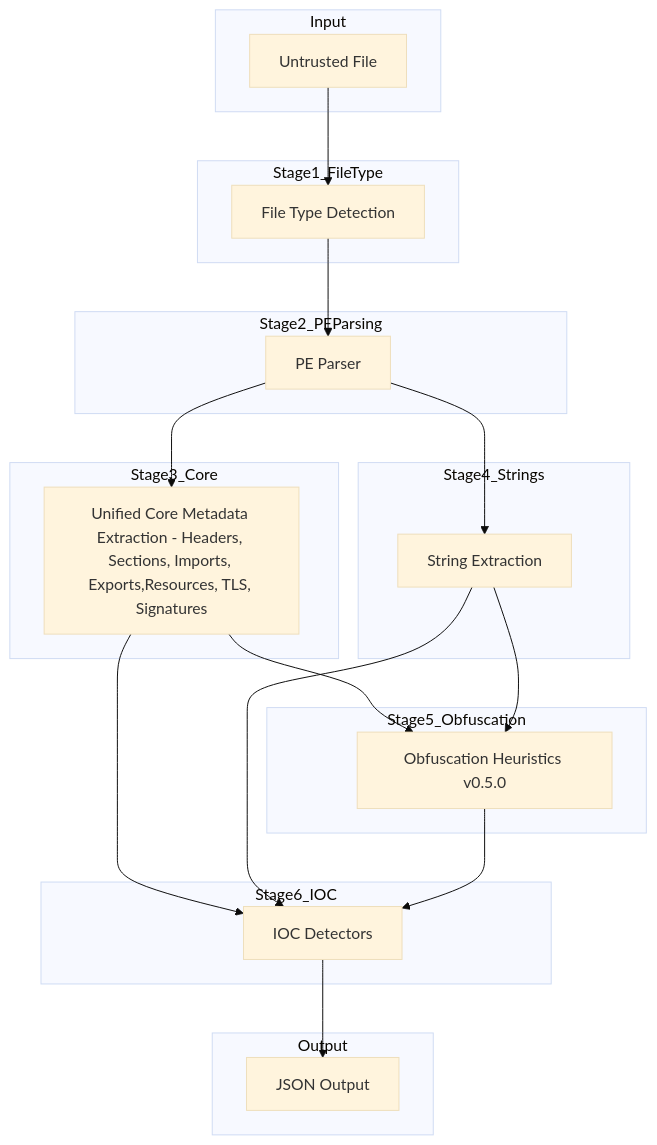
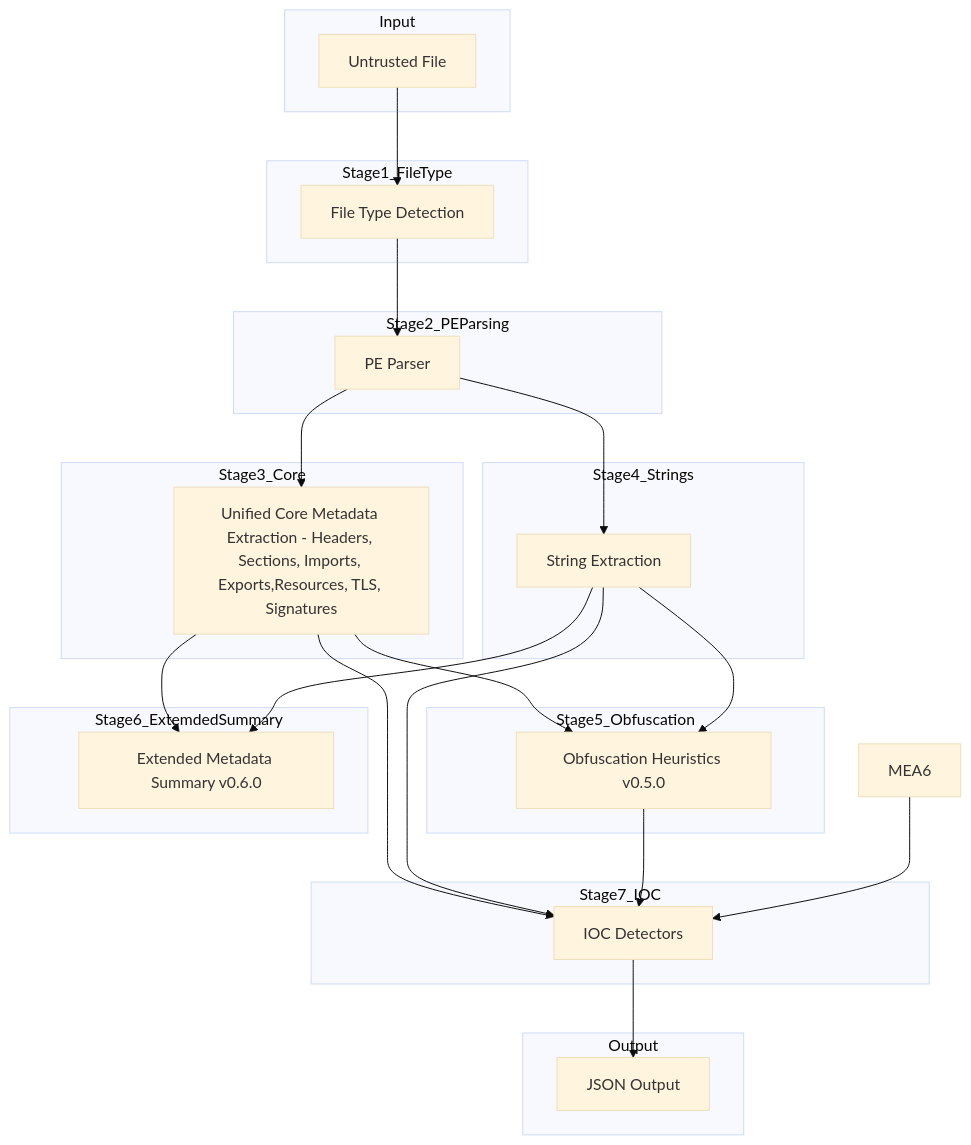
Before and after one commit to iocx-dev/iocx: the diagram in docs/pe-pipeline.md, drawn with Mermaid (base theme).

Commit message:
Add in extended summary into pe pipeline mermaid

````diff
--- a/docs/pe-pipeline.md
+++ b/docs/pe-pipeline.md
@@ -33,50 +33,58 @@
 ```mermaid
 flowchart TD
 
     subgraph Input
         F[Untrusted File]
     end
 
     subgraph Stage1_FileType
         MAGIC[File Type Detection]
     end
 
     subgraph Stage2_PEParsing
         PE[PE Parser]
     end
 
     subgraph Stage3_Core
         CORE[Unified Core Metadata Extraction - Headers, Sections, Imports, Exports,Resources, TLS, Signatures]
     end
 
     subgraph Stage4_Strings
         STR[String Extraction]
     end
 
     subgraph Stage5_Obfuscation
         OBF[Obfuscation Heuristics v0.5.0]
     end
 
-    subgraph Stage6_IOC
+    subgraph Stage6_ExtemdedSummary
+        META6[Extended Metadata Summary v0.6.0]
+    end
+
+    subgraph Stage7_IOC
         DET[IOC Detectors]
     end
 
     subgraph Output
         OUT[JSON Output]
     end
 
     F --> MAGIC
     MAGIC --> PE
 
     PE --> CORE
     PE --> STR
 
     CORE --> OBF
     STR --> OBF
 
     CORE --> DET
     STR --> DET
     OBF --> DET
 
+    CORE--> META6
+    STR --> META6
+    MEA6 --> DET
+
     DET --> OUT
 ```
````
